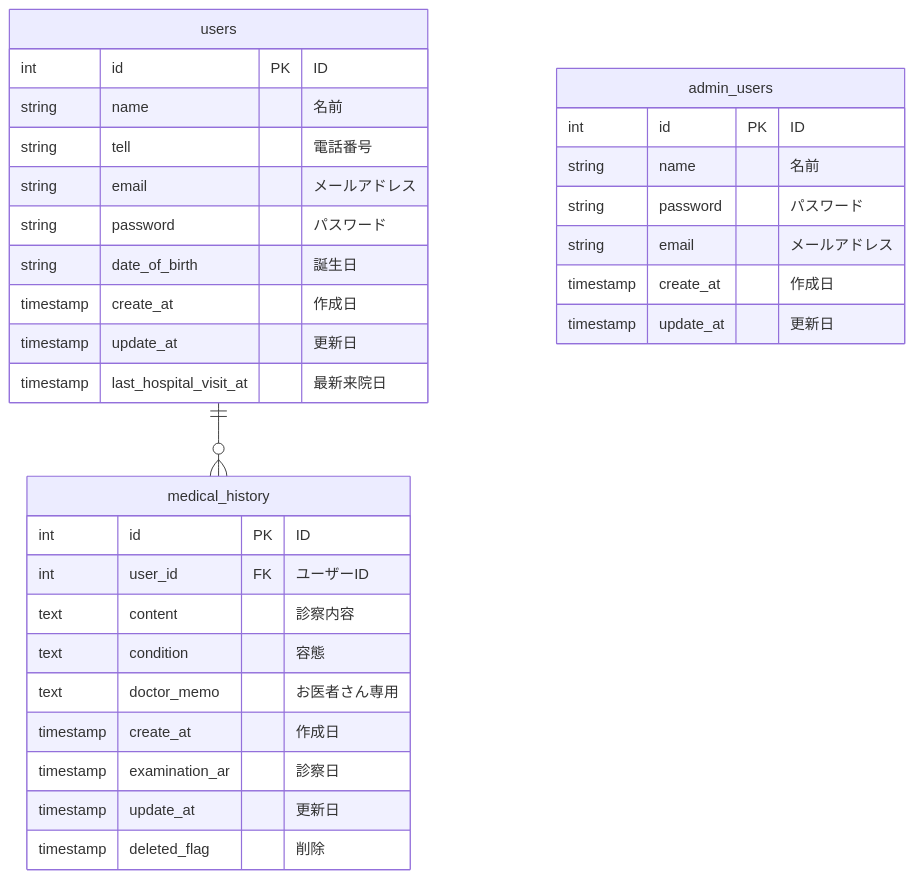
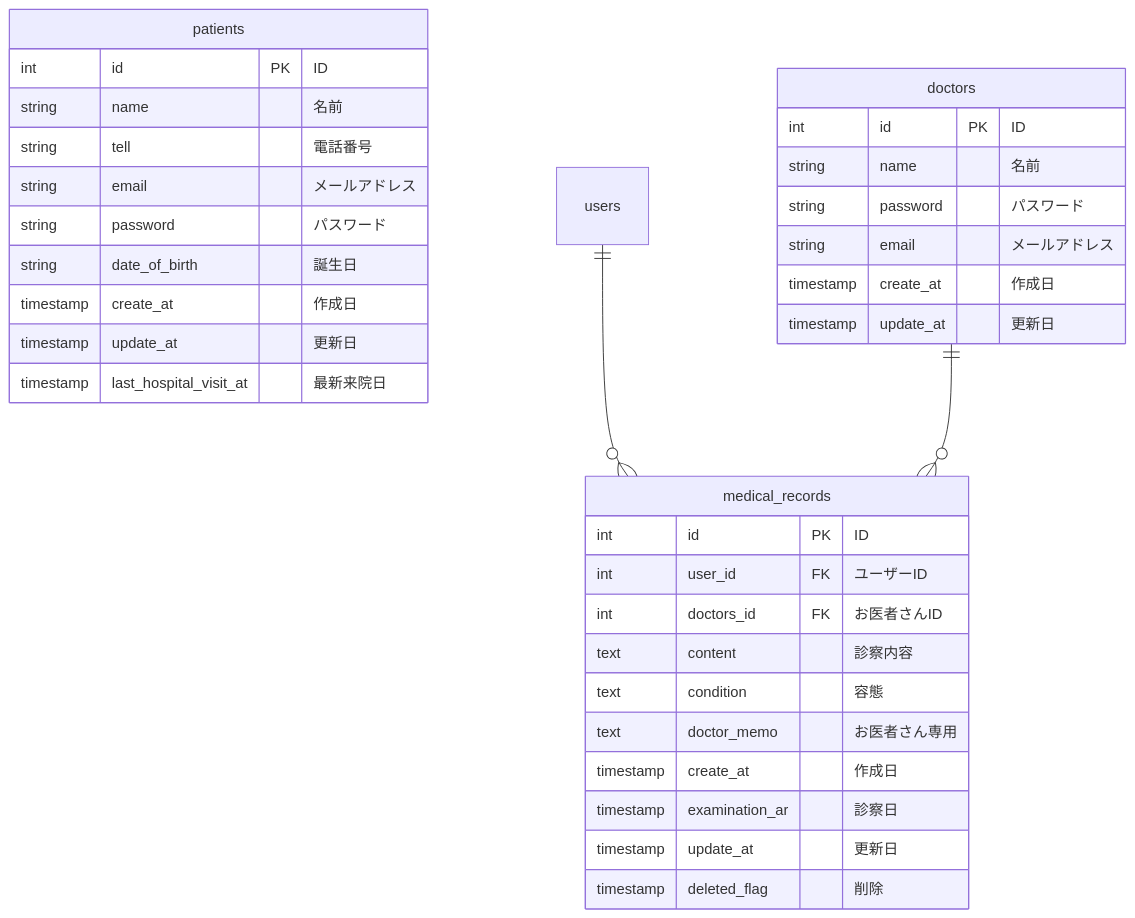
Before and after one commit to kubo-work/PortfolioSystemDesign: the diagram in ER/er.md, drawn with Mermaid.

Commit message:
修正

````diff
--- a/ER/er.md
+++ b/ER/er.md
@@ -1,37 +1,39 @@
 ```mermaid
 erDiagram
-    users {
+    patients {
         int id PK "ID"
         string name "名前"
         string tell "電話番号"
         string email "メールアドレス"
         string password "パスワード"
         string date_of_birth "誕生日"
         timestamp create_at "作成日"
         timestamp update_at "更新日"
         timestamp last_hospital_visit_at "最新来院日"
     }
 
-    medical_history{
+    medical_records{
         int id PK "ID" 
         int user_id FK "ユーザーID"
+        int doctors_id FK "お医者さんID"
         text content "診察内容"
         text condition "容態"
         text doctor_memo "お医者さん専用"
         timestamp create_at "作成日"
         timestamp examination_ar "診察日"
         timestamp update_at "更新日"
         timestamp deleted_flag "削除"
     }
 
-    admin_users{
+    doctors{
         int id PK "ID" 
         string name "名前"
         string password "パスワード"
         string email "メールアドレス"
         timestamp create_at "作成日"
         timestamp update_at "更新日" 
     }
 
-    users ||--o{ medical_history: ""
+    users ||--o{ medical_records: ""
+    doctors ||--o{ medical_records: ""
 ```
````
